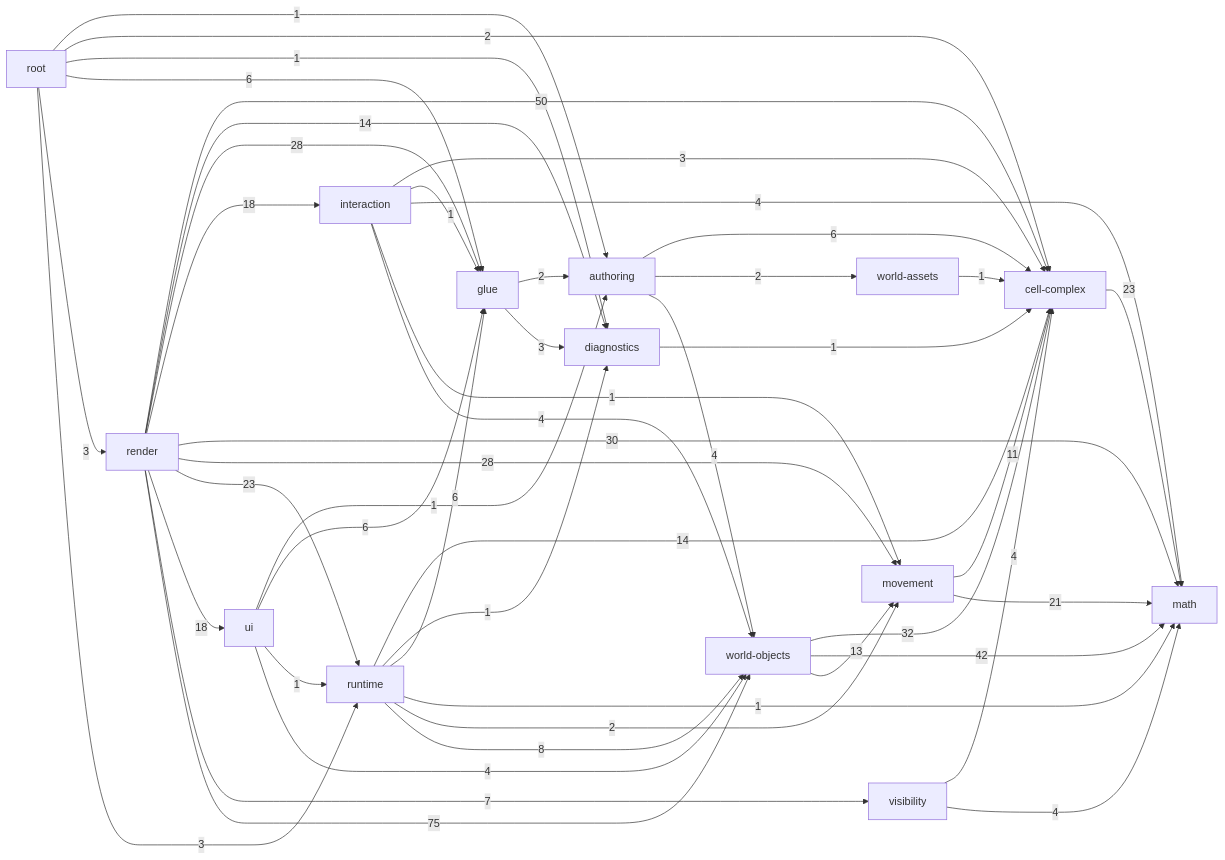
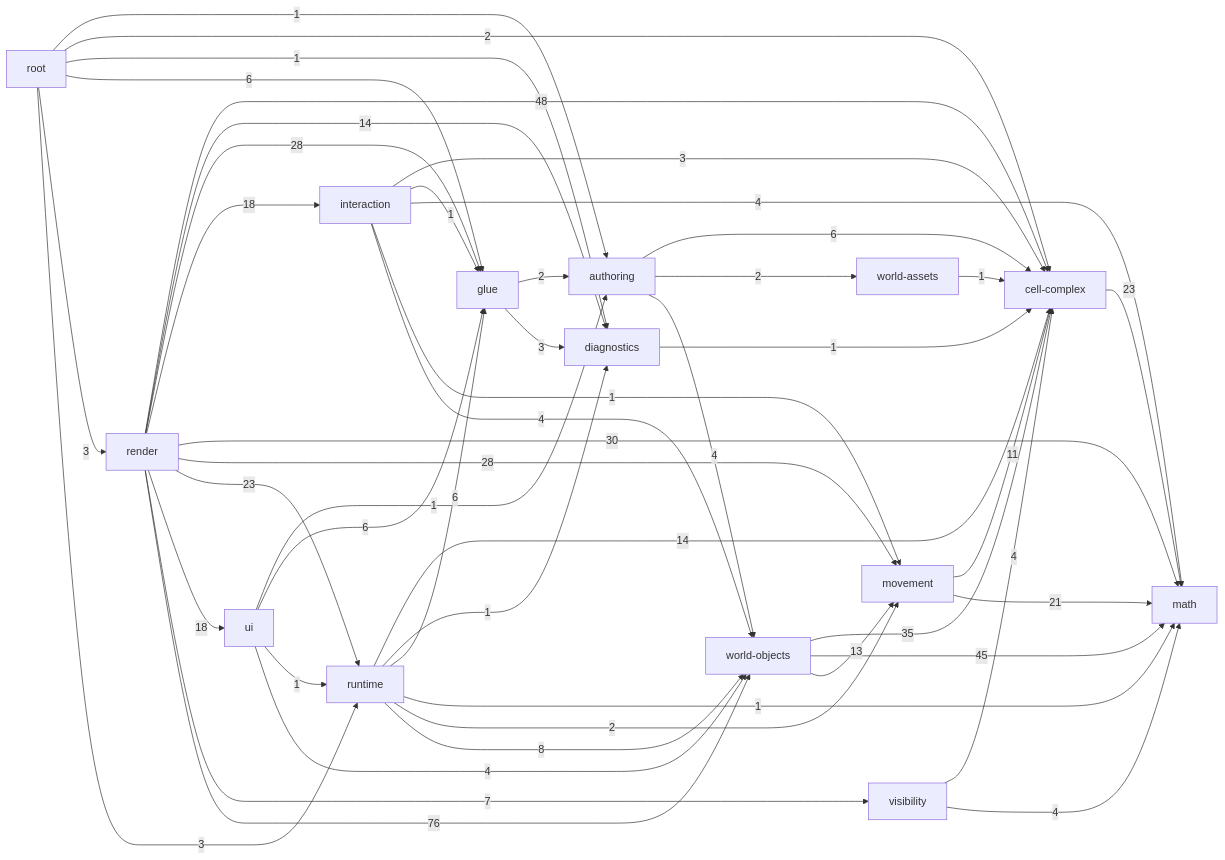
The diagram in _docs/generated/ARCHITECTURE_REFERENCE.md (guraltsev/noneuclid-fpv), drawn with Mermaid before and after one commit. The commit also changed other lines of this file and 11 other files, not shown here.

First line of the commit message:
Job 47: the carry contract in world-objects, the tool sends steps

````diff
--- a/_docs/generated/ARCHITECTURE_REFERENCE.md
+++ b/_docs/generated/ARCHITECTURE_REFERENCE.md
@@ -35,63 +35,63 @@
 ```mermaid
 flowchart LR
   math["math"]
   cell_complex["cell-complex"]
   diagnostics["diagnostics"]
   visibility["visibility"]
   movement["movement"]
   world_assets["world-assets"]
   world_objects["world-objects"]
   authoring["authoring"]
   glue["glue"]
   interaction["interaction"]
   runtime["runtime"]
   ui["ui"]
   render["render"]
   root["root"]
   authoring -->|6| cell_complex
   authoring -->|2| world_assets
   authoring -->|4| world_objects
   cell_complex -->|23| math
   diagnostics -->|1| cell_complex
   glue -->|2| authoring
   glue -->|3| diagnostics
   interaction -->|3| cell_complex
   interaction -->|1| glue
   interaction -->|4| math
   interaction -->|1| movement
   interaction -->|4| world_objects
   movement -->|11| cell_complex
   movement -->|21| math
-  render -->|50| cell_complex
+  render -->|48| cell_complex
   render -->|14| diagnostics
   render -->|28| glue
   render -->|18| interaction
   render -->|30| math
   render -->|28| movement
   render -->|23| runtime
   render -->|18| ui
   render -->|7| visibility
-  render -->|75| world_objects
+  render -->|76| world_objects
   root -->|1| authoring
   root -->|2| cell_complex
   root -->|1| diagnostics
   root -->|6| glue
   root -->|3| render
   root -->|3| runtime
   runtime -->|14| cell_complex
   runtime -->|1| diagnostics
   runtime -->|6| glue
   runtime -->|1| math
   runtime -->|2| movement
   runtime -->|8| world_objects
   ui -->|1| authoring
   ui -->|6| glue
   ui -->|1| runtime
   ui -->|4| world_objects
   visibility -->|4| cell_complex
   visibility -->|4| math
   world_assets -->|1| cell_complex
-  world_objects -->|32| cell_complex
-  world_objects -->|42| math
+  world_objects -->|35| cell_complex
+  world_objects -->|45| math
   world_objects -->|13| movement
 ```
````
